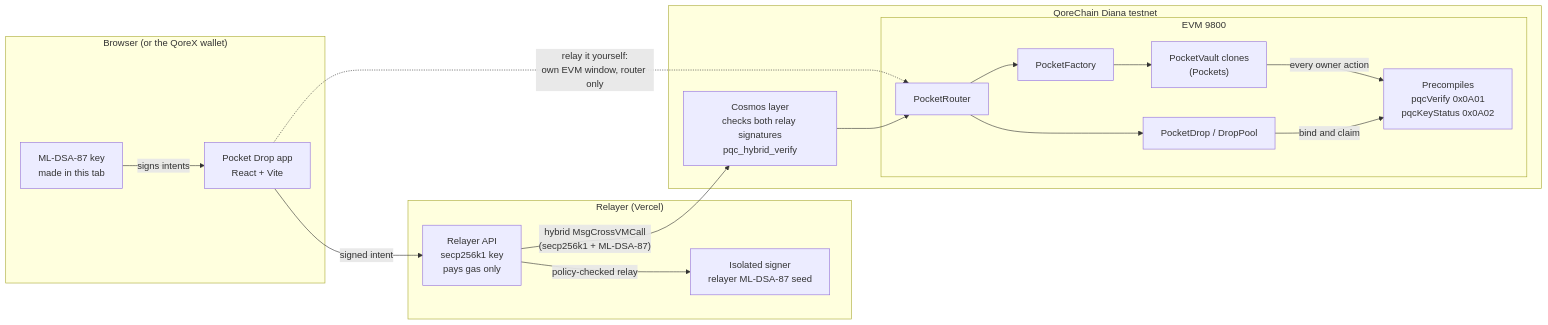
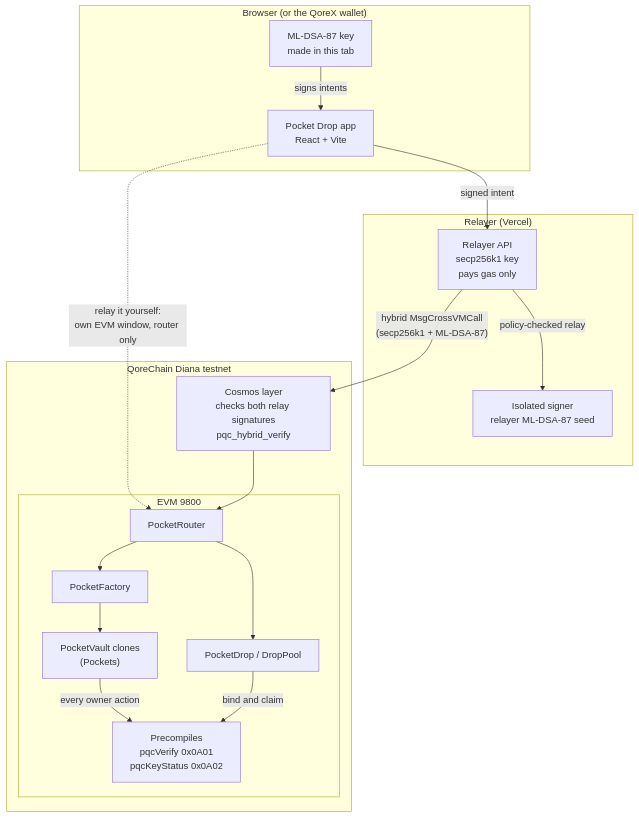
The first of 2 diagrams in README.md (mohamedwael201193/pocket-drop), drawn with Mermaid before and after one commit.

Commit message:
docs(readme): architecture diagram top to bottom so it reads at GitHub's column width

````diff
--- a/README.md
+++ b/README.md
@@ -104,31 +104,31 @@
 ```mermaid
-flowchart LR
+flowchart TB
   subgraph Browser["Browser (or the QoreX wallet)"]
     K["ML-DSA-87 key<br/>made in this tab"]
     APP["Pocket Drop app<br/>React + Vite"]
   end
   subgraph Vercel["Relayer (Vercel)"]
     API["Relayer API<br/>secp256k1 key<br/>pays gas only"]
     SIG["Isolated signer<br/>relayer ML-DSA-87 seed"]
   end
   subgraph Diana["QoreChain Diana testnet"]
     NATIVE["Cosmos layer<br/>checks both relay signatures<br/>pqc_hybrid_verify"]
     subgraph EVM["EVM 9800"]
       R["PocketRouter"]
       F["PocketFactory"]
       V["PocketVault clones<br/>(Pockets)"]
       D["PocketDrop / DropPool"]
       P["Precompiles<br/>pqcVerify 0x0A01<br/>pqcKeyStatus 0x0A02"]
     end
   end
   K -- signs intents --> APP
   APP -- signed intent --> API
   API -- policy-checked relay --> SIG
   API -- "hybrid MsgCrossVMCall<br/>(secp256k1 + ML-DSA-87)" --> NATIVE
   APP -. "relay it yourself:<br/>own EVM window, router only" .-> R
   NATIVE --> R
   R --> F --> V
   R --> D
   V -- every owner action --> P
   D -- bind and claim --> P
 ```
````
